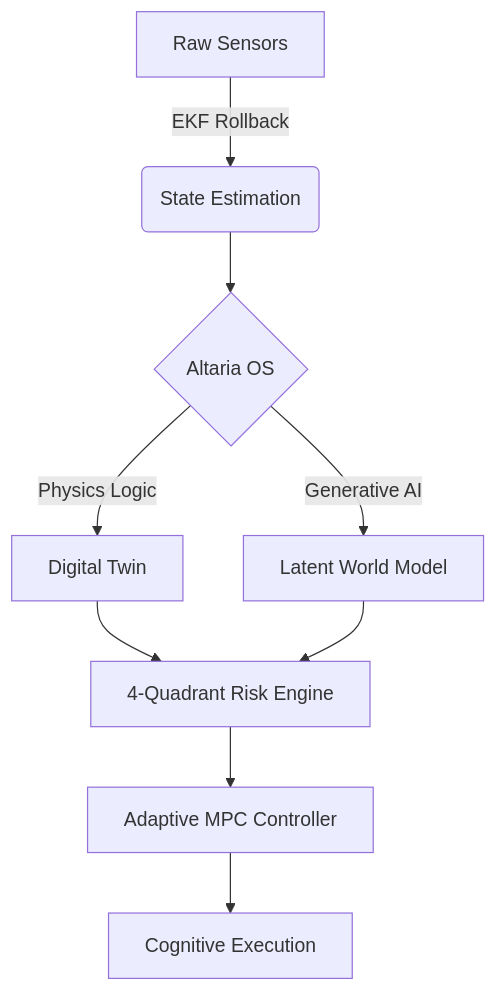
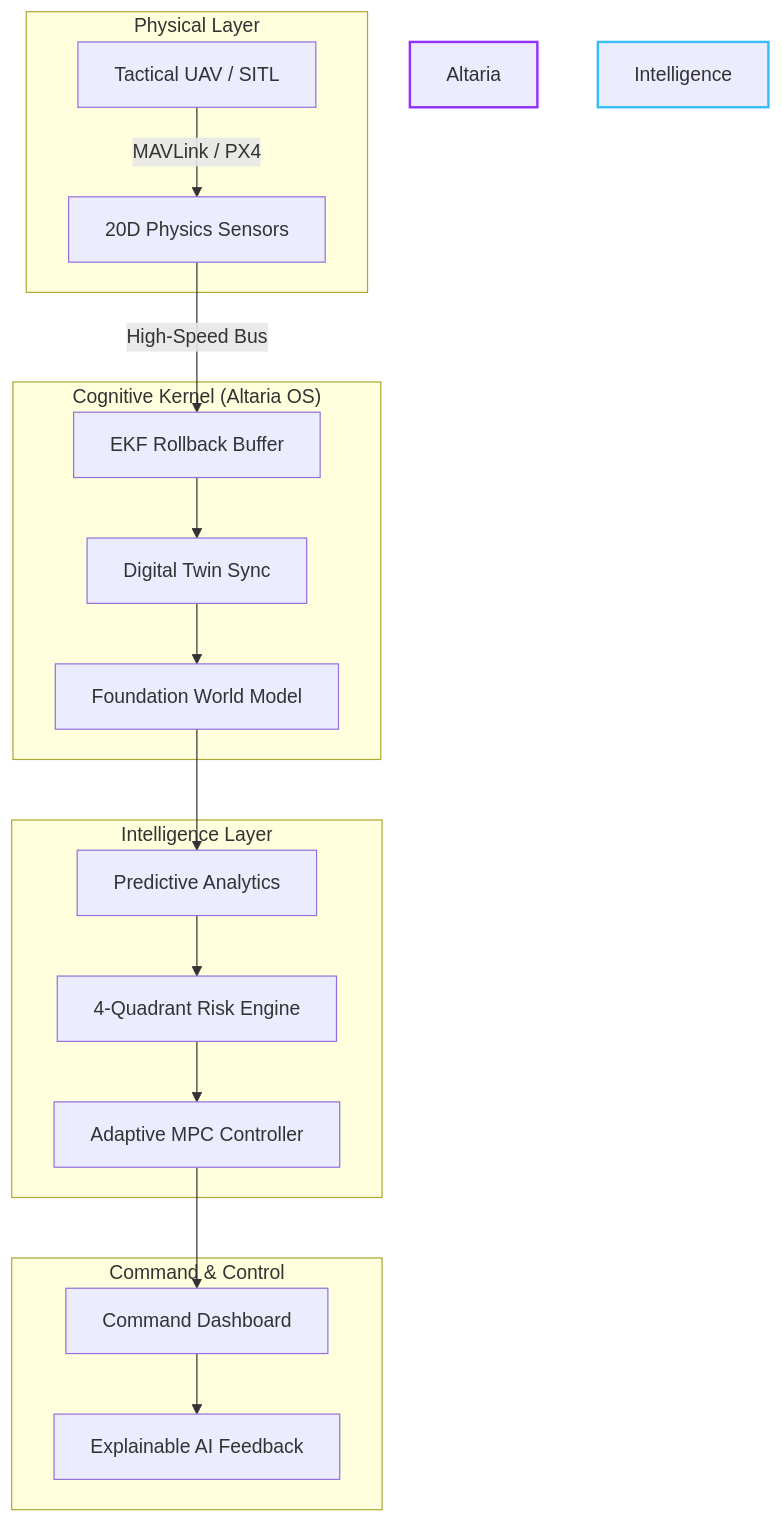
The first of 2 diagrams in README.md (subhamsje/Drone-N1), drawn with Mermaid before and after one commit. The commit also changed other lines of this file, not shown here.

Commit message:
🚀 EVOLUTION: Redefining Drone-N1 as an Elite Autonomous Aviation OS 🛰️

````diff
--- a/README.md
+++ b/README.md
@@ -51,10 +54,26 @@
 ```mermaid
 graph TD
-    A[Raw Sensors] -->|EKF Rollback| B(State Estimation)
-    B --> C{Altaria OS}
-    C -->|Physics Logic| D[Digital Twin]
-    C -->|Generative AI| E[Latent World Model]
-    D & E --> F[4-Quadrant Risk Engine]
-    F --> G[Adaptive MPC Controller]
-    G --> H[Cognitive Execution]
+    subgraph "Physical Layer"
+        Drone[Tactical UAV / SITL] -->|MAVLink / PX4| Sensors[20D Physics Sensors]
+    end
+
+    subgraph "Cognitive Kernel (Altaria OS)"
+        Sensors -->|High-Speed Bus| EKF[EKF Rollback Buffer]
+        EKF --> DT[Digital Twin Sync]
+        DT --> FWM[Foundation World Model]
+    end
+
+    subgraph "Intelligence Layer"
+        FWM --> Pred[Predictive Analytics]
+        Pred --> Risk[4-Quadrant Risk Engine]
+        Risk --> MPC[Adaptive MPC Controller]
+    end
+
+    subgraph "Command & Control"
+        MPC --> Dash[Command Dashboard]
+        Dash --> XAI[Explainable AI Feedback]
+    end
+
+    style Altaria OS fill:#2d1b4e,stroke:#9130ff,stroke-width:2px
+    style Intelligence Layer fill:#1b2d4e,stroke:#36bcf7,stroke-width:2px
 ```
````
